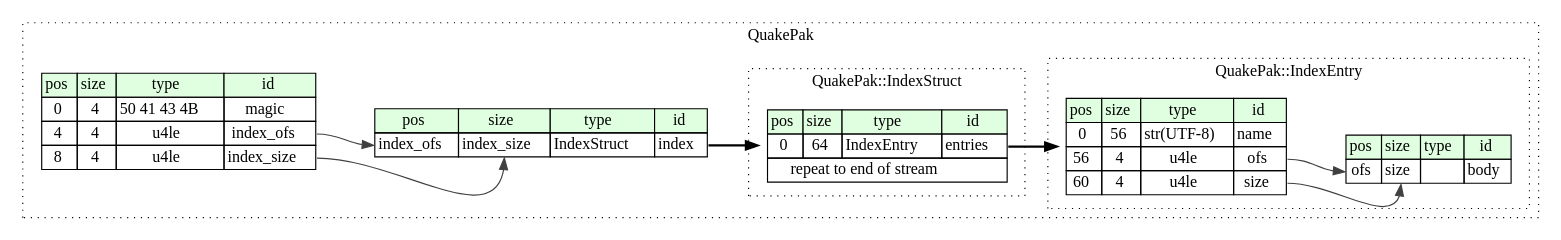
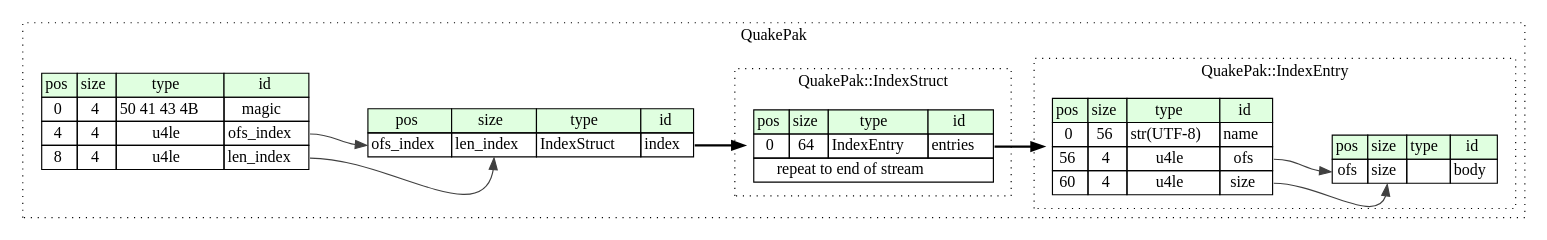
One commit to kaitai-io/formats-kaitai-io.github.io changed the diagram in quake_pak/src/graphviz/quake_pak.dot. Above: the diagram before and after it, drawn with Graphviz. The commit also changed 279 other files, not shown here.

```diff
--- a/quake_pak/src/graphviz/quake_pak.dot
+++ b/quake_pak/src/graphviz/quake_pak.dot
@@ -1,50 +1,50 @@
 digraph {
 	rankdir=LR;
 	node [shape=plaintext];
 	subgraph cluster__quake_pak {
 		label="QuakePak";
 		graph[style=dotted];
 
 		quake_pak__seq [label=<<TABLE BORDER="0" CELLBORDER="1" CELLSPACING="0">
 			<TR><TD BGCOLOR="#E0FFE0">pos</TD><TD BGCOLOR="#E0FFE0">size</TD><TD BGCOLOR="#E0FFE0">type</TD><TD BGCOLOR="#E0FFE0">id</TD></TR>
 			<TR><TD PORT="magic_pos">0</TD><TD PORT="magic_size">4</TD><TD>50 41 43 4B</TD><TD PORT="magic_type">magic</TD></TR>
-			<TR><TD PORT="index_ofs_pos">4</TD><TD PORT="index_ofs_size">4</TD><TD>u4le</TD><TD PORT="index_ofs_type">index_ofs</TD></TR>
-			<TR><TD PORT="index_size_pos">8</TD><TD PORT="index_size_size">4</TD><TD>u4le</TD><TD PORT="index_size_type">index_size</TD></TR>
+			<TR><TD PORT="ofs_index_pos">4</TD><TD PORT="ofs_index_size">4</TD><TD>u4le</TD><TD PORT="ofs_index_type">ofs_index</TD></TR>
+			<TR><TD PORT="len_index_pos">8</TD><TD PORT="len_index_size">4</TD><TD>u4le</TD><TD PORT="len_index_type">len_index</TD></TR>
 		</TABLE>>];
 		quake_pak__inst__index [label=<<TABLE BORDER="0" CELLBORDER="1" CELLSPACING="0">
 			<TR><TD BGCOLOR="#E0FFE0">pos</TD><TD BGCOLOR="#E0FFE0">size</TD><TD BGCOLOR="#E0FFE0">type</TD><TD BGCOLOR="#E0FFE0">id</TD></TR>
-			<TR><TD PORT="index_pos">index_ofs</TD><TD PORT="index_size">index_size</TD><TD>IndexStruct</TD><TD PORT="index_type">index</TD></TR>
+			<TR><TD PORT="index_pos">ofs_index</TD><TD PORT="index_size">len_index</TD><TD>IndexStruct</TD><TD PORT="index_type">index</TD></TR>
 		</TABLE>>];
 		subgraph cluster__index_struct {
 			label="QuakePak::IndexStruct";
 			graph[style=dotted];
 
 			index_struct__seq [label=<<TABLE BORDER="0" CELLBORDER="1" CELLSPACING="0">
 				<TR><TD BGCOLOR="#E0FFE0">pos</TD><TD BGCOLOR="#E0FFE0">size</TD><TD BGCOLOR="#E0FFE0">type</TD><TD BGCOLOR="#E0FFE0">id</TD></TR>
 				<TR><TD PORT="entries_pos">0</TD><TD PORT="entries_size">64</TD><TD>IndexEntry</TD><TD PORT="entries_type">entries</TD></TR>
 				<TR><TD COLSPAN="4" PORT="entries__repeat">repeat to end of stream</TD></TR>
 			</TABLE>>];
 		}
 		subgraph cluster__index_entry {
 			label="QuakePak::IndexEntry";
 			graph[style=dotted];
 
 			index_entry__seq [label=<<TABLE BORDER="0" CELLBORDER="1" CELLSPACING="0">
 				<TR><TD BGCOLOR="#E0FFE0">pos</TD><TD BGCOLOR="#E0FFE0">size</TD><TD BGCOLOR="#E0FFE0">type</TD><TD BGCOLOR="#E0FFE0">id</TD></TR>
 				<TR><TD PORT="name_pos">0</TD><TD PORT="name_size">56</TD><TD>str(UTF-8)</TD><TD PORT="name_type">name</TD></TR>
 				<TR><TD PORT="ofs_pos">56</TD><TD PORT="ofs_size">4</TD><TD>u4le</TD><TD PORT="ofs_type">ofs</TD></TR>
 				<TR><TD PORT="size_pos">60</TD><TD PORT="size_size">4</TD><TD>u4le</TD><TD PORT="size_type">size</TD></TR>
 			</TABLE>>];
 			index_entry__inst__body [label=<<TABLE BORDER="0" CELLBORDER="1" CELLSPACING="0">
 				<TR><TD BGCOLOR="#E0FFE0">pos</TD><TD BGCOLOR="#E0FFE0">size</TD><TD BGCOLOR="#E0FFE0">type</TD><TD BGCOLOR="#E0FFE0">id</TD></TR>
 				<TR><TD PORT="body_pos">ofs</TD><TD PORT="body_size">size</TD><TD></TD><TD PORT="body_type">body</TD></TR>
 			</TABLE>>];
 		}
 	}
-	quake_pak__seq:index_ofs_type -> quake_pak__inst__index:index_pos [color="#404040"];
-	quake_pak__seq:index_size_type -> quake_pak__inst__index:index_size [color="#404040"];
+	quake_pak__seq:ofs_index_type -> quake_pak__inst__index:index_pos [color="#404040"];
+	quake_pak__seq:len_index_type -> quake_pak__inst__index:index_size [color="#404040"];
 	quake_pak__inst__index:index_type -> index_struct__seq [style=bold];
 	index_struct__seq:entries_type -> index_entry__seq [style=bold];
 	index_entry__seq:ofs_type -> index_entry__inst__body:body_pos [color="#404040"];
 	index_entry__seq:size_type -> index_entry__inst__body:body_size [color="#404040"];
 }
```
